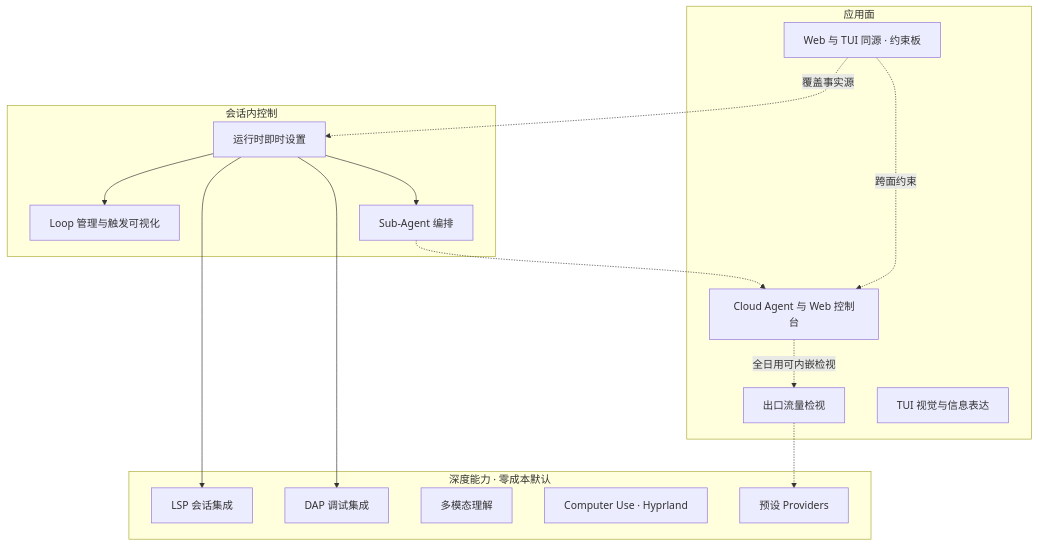
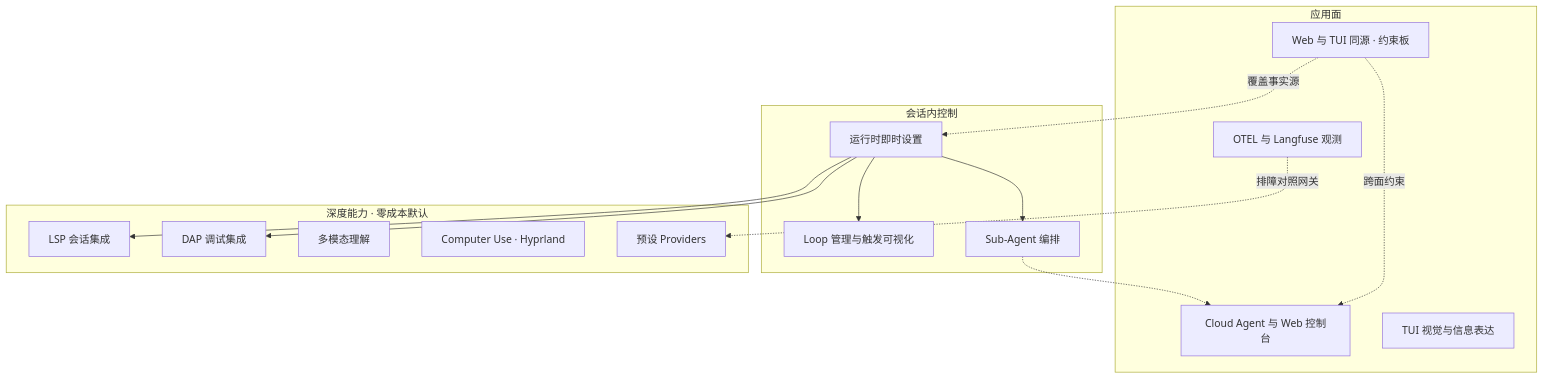
Before and after one commit to StrayDragon/xylitol: the diagram in docs/roadmaps/README.md, drawn with Mermaid. The commit also changed other lines of this file and 33 other files, not shown here.

First line of the commit message:
docs(sdd): propose OTLP export and replace Inspect with Langfuse track

````diff
--- a/docs/roadmaps/README.md
+++ b/docs/roadmaps/README.md
@@ -28,33 +28,32 @@
 ```mermaid
 flowchart TB
   subgraph Surfaces["应用面"]
     Homo["Web 与 TUI 同源 · 约束板"]
     Web["Cloud Agent 与 Web 控制台"]
-    Inspect["出口流量检视"]
+    Obs["OTEL 与 Langfuse 观测"]
     Visual["TUI 视觉与信息表达"]
   end
 
   subgraph SessionCtrl["会话内控制"]
     Live["运行时即时设置"]
     Loop["Loop 管理与触发可视化"]
     Sub["Sub-Agent 编排"]
   end
 
   subgraph Depth["深度能力 · 零成本默认"]
     Lsp["LSP 会话集成"]
     Dap["DAP 调试集成"]
     Multi["多模态理解"]
     Cu["Computer Use · Hyprland"]
     Prov["预设 Providers"]
   end
 
   Homo -.->|跨面约束| Web
   Homo -.->|覆盖事实源| Live
-  Web -.->|全日用可内嵌检视| Inspect
   Live --> Lsp
   Live --> Dap
   Live --> Sub
   Live --> Loop
-  Inspect -.-> Prov
+  Obs -.->|排障对照网关| Prov
   Sub -.-> Web
 ```
````
